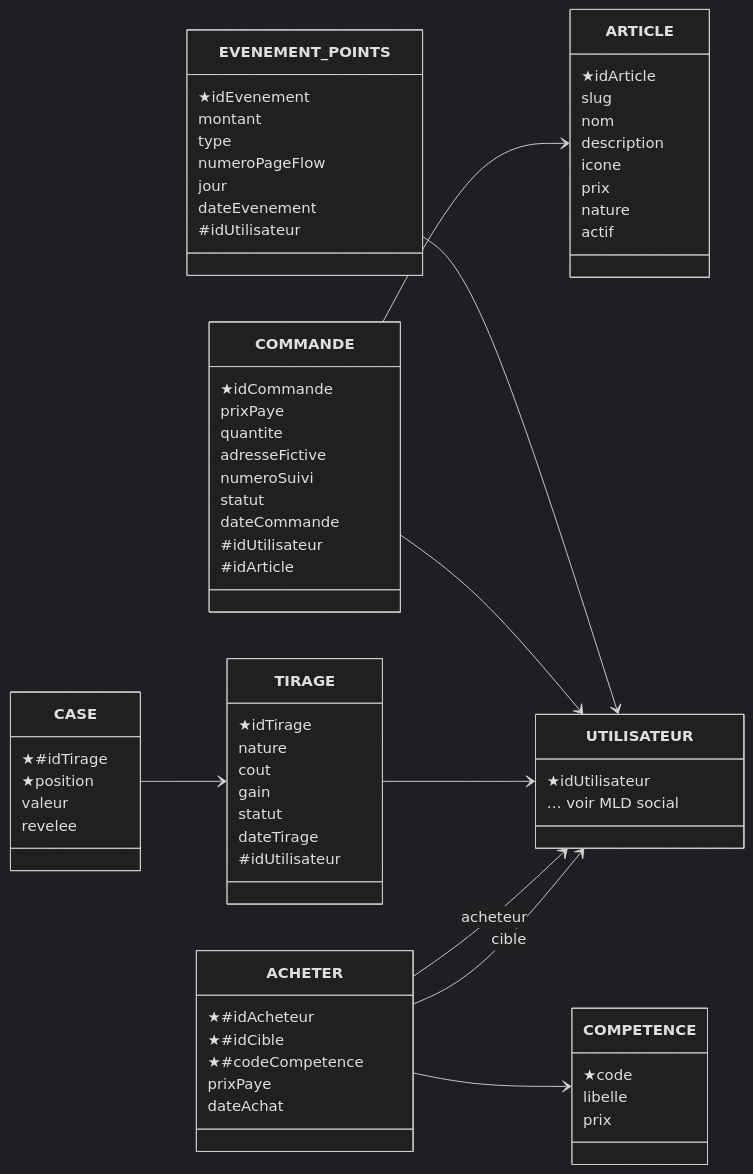
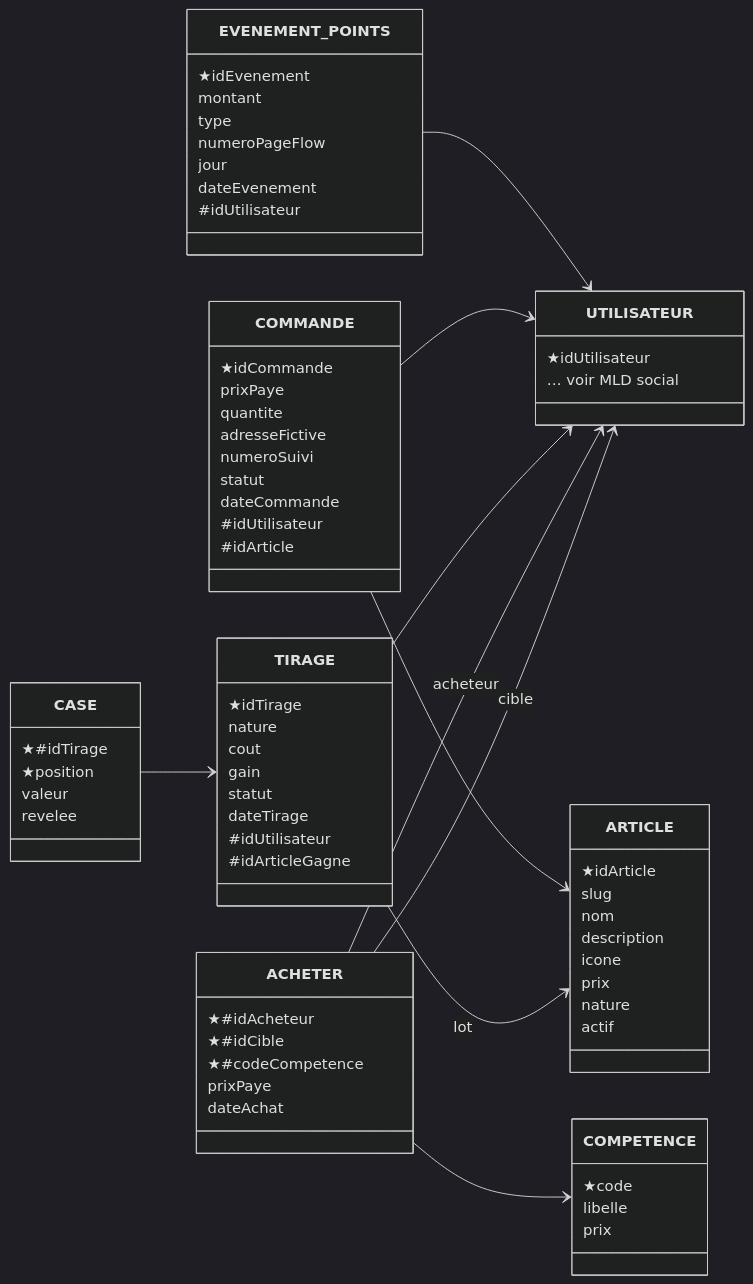
The fourth of 6 diagrams in docs/db/merise.md (Kyliantvv/detox-app), drawn with Mermaid (dark theme) before and after one commit. The commit also changed other lines of this file and 24 other files, not shown here.

````diff
--- a/docs/db/merise.md
+++ b/docs/db/merise.md
@@ -280,57 +300,59 @@
 ```mermaid
 classDiagram
 direction LR
 class UTILISATEUR { ★idUtilisateur
   … voir MLD social }
 class EVENEMENT_POINTS { ★idEvenement
   montant
   type
   numeroPageFlow
   jour
   dateEvenement
   #idUtilisateur }
 class ARTICLE { ★idArticle
   slug
   nom
   description
   icone
   prix
   nature
   actif }
 class COMMANDE { ★idCommande
   prixPaye
   quantite
   adresseFictive
   numeroSuivi
   statut
   dateCommande
   #idUtilisateur
   #idArticle }
 class TIRAGE { ★idTirage
   nature
   cout
   gain
   statut
   dateTirage
-  #idUtilisateur }
+  #idUtilisateur
+  #idArticleGagne }
 class CASE { ★#idTirage
   ★position
   valeur
   revelee }
 class COMPETENCE { ★code
   libelle
   prix }
 class ACHETER { ★#idAcheteur
   ★#idCible
   ★#codeCompetence
   prixPaye
   dateAchat }
 EVENEMENT_POINTS --> UTILISATEUR
 COMMANDE --> UTILISATEUR
 COMMANDE --> ARTICLE
 TIRAGE --> UTILISATEUR
+TIRAGE --> ARTICLE : lot
 CASE --> TIRAGE
 ACHETER --> UTILISATEUR : acheteur
 ACHETER --> UTILISATEUR : cible
 ACHETER --> COMPETENCE
 ```
````
